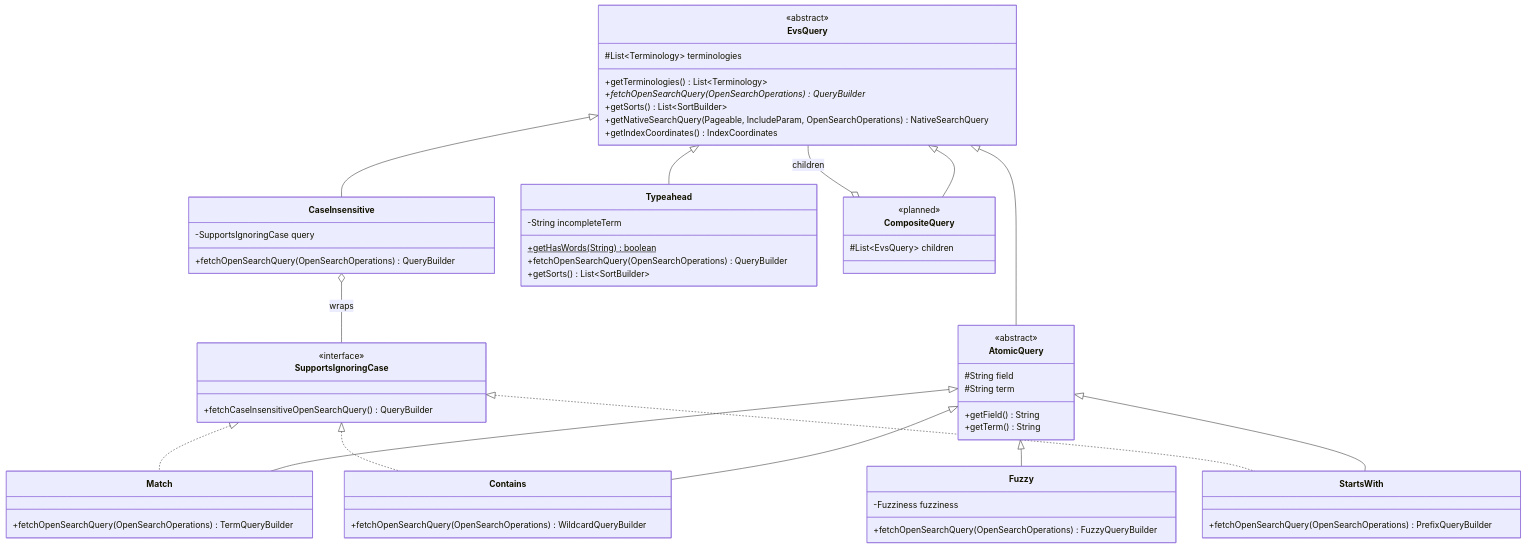
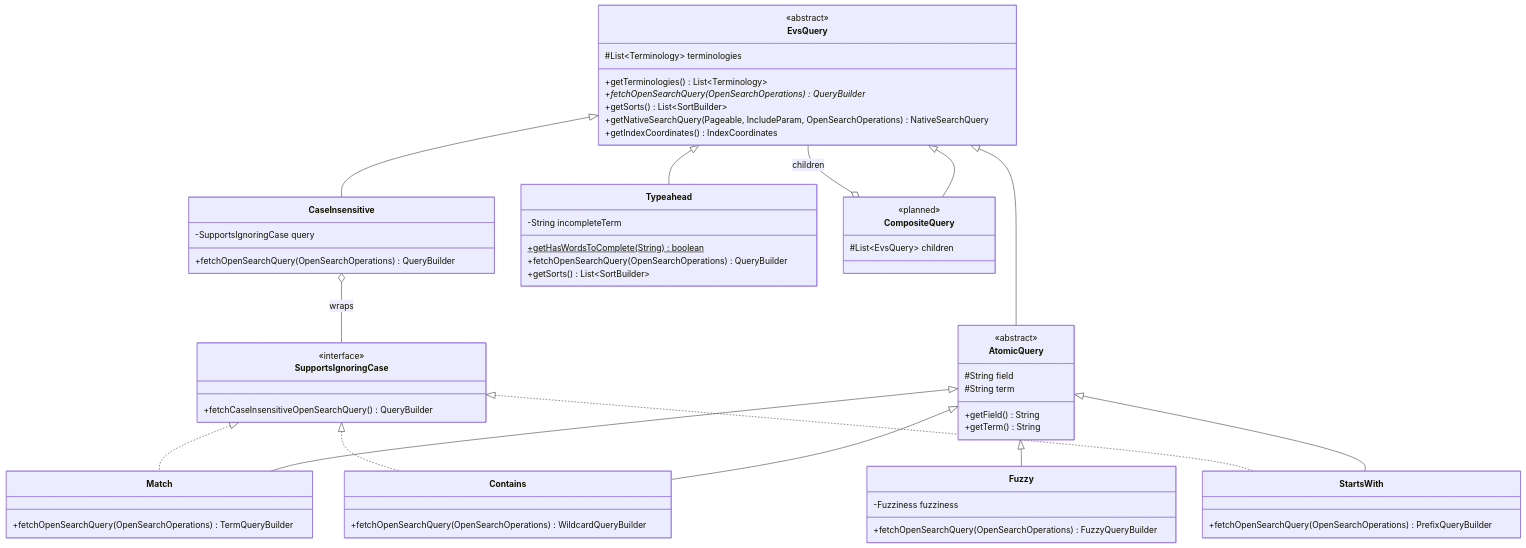
One commit to WestCoastInformatics/evsrestapi changed the diagram in src/main/java/gov/nih/nci/evs/api/query/README.md. Above: the diagram before and after it, drawn with Mermaid. The commit also changed other lines of this file and 3 other files, not shown here.

Commit message:
Rename Typeahead.getHasWords to getHasWordsToComplete

````diff
--- a/src/main/java/gov/nih/nci/evs/api/query/README.md
+++ b/src/main/java/gov/nih/nci/evs/api/query/README.md
@@ -20,72 +20,72 @@
 ```mermaid
 classDiagram
     direction TB
 
     class EvsQuery {
         <<abstract>>
         #List~Terminology~ terminologies
         +getTerminologies() List~Terminology~
         +fetchOpenSearchQuery(OpenSearchOperations)* QueryBuilder
         +getSorts() List~SortBuilder~
         +getNativeSearchQuery(Pageable, IncludeParam, OpenSearchOperations) NativeSearchQuery
         +getIndexCoordinates() IndexCoordinates
     }
 
     class AtomicQuery {
         <<abstract>>
         #String field
         #String term
         +getField() String
         +getTerm() String
     }
 
     class SupportsIgnoringCase {
         <<interface>>
         +fetchCaseInsensitiveOpenSearchQuery() QueryBuilder
     }
 
     class CaseInsensitive {
         -SupportsIgnoringCase query
         +fetchOpenSearchQuery(OpenSearchOperations) QueryBuilder
     }
 
     class Match {
         +fetchOpenSearchQuery(OpenSearchOperations) TermQueryBuilder
     }
     class Contains {
         +fetchOpenSearchQuery(OpenSearchOperations) WildcardQueryBuilder
     }
     class StartsWith {
         +fetchOpenSearchQuery(OpenSearchOperations) PrefixQueryBuilder
     }
     class Fuzzy {
         -Fuzziness fuzziness
         +fetchOpenSearchQuery(OpenSearchOperations) FuzzyQueryBuilder
     }
 
     class Typeahead {
         -String incompleteTerm
-        +getHasWords(String)$ boolean
+        +getHasWordsToComplete(String)$ boolean
         +fetchOpenSearchQuery(OpenSearchOperations) QueryBuilder
         +getSorts() List~SortBuilder~
     }
 
     class CompositeQuery {
         <<planned>>
         #List~EvsQuery~ children
     }
 
     EvsQuery <|-- AtomicQuery
     EvsQuery <|-- CompositeQuery
     EvsQuery <|-- CaseInsensitive
     EvsQuery <|-- Typeahead
     AtomicQuery <|-- Match
     AtomicQuery <|-- Contains
     AtomicQuery <|-- StartsWith
     AtomicQuery <|-- Fuzzy
     SupportsIgnoringCase <|.. Match
     SupportsIgnoringCase <|.. Contains
     SupportsIgnoringCase <|.. StartsWith
     CompositeQuery o-- EvsQuery : children
     CaseInsensitive o-- SupportsIgnoringCase : wraps
 ```
````
